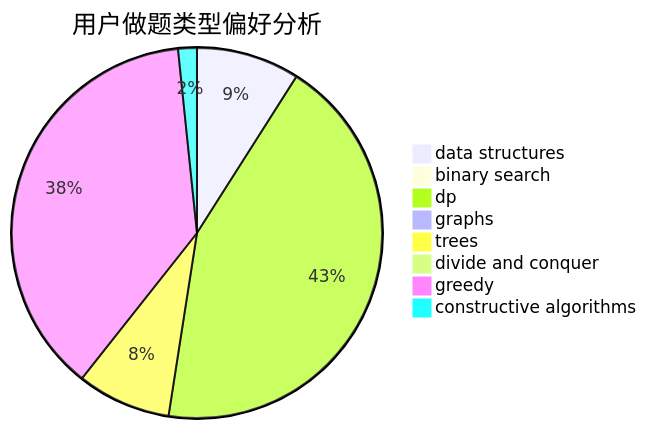
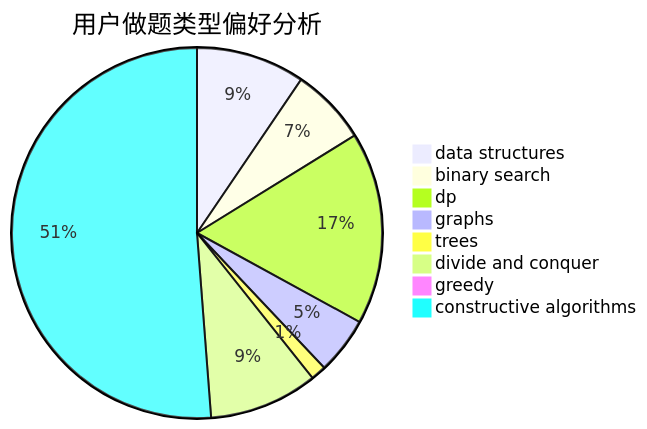
One commit to sherpahu/cfrs.github.io changed the second of 3 diagrams in docs/user/u292.md. Above: the diagram before and after it, drawn with Mermaid. The commit also changed other lines of this file and 2770 other files, not shown here.

````diff
--- a/docs/user/u292.md
+++ b/docs/user/u292.md
@@ -23,11 +23,11 @@
 ```mermaid
 pie title 用户做题类型偏好分析
-    "data structures" :  11
-    "binary search" :  0
-    "dp" :  53
-    "graphs" :  0
-    "trees" :  10
-    "divide and conquer" :  0
-    "greedy" :  46
-    "constructive algorithms" :  2
+    "data structures" :  78
+    "binary search" :  55
+    "dp" :  138
+    "graphs" :  41
+    "trees" :  11
+    "divide and conquer" :  78
+    "greedy" :  3
+    "constructive algorithms" :  421
 ```
````
